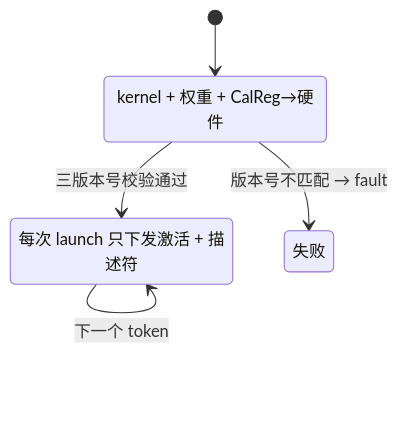
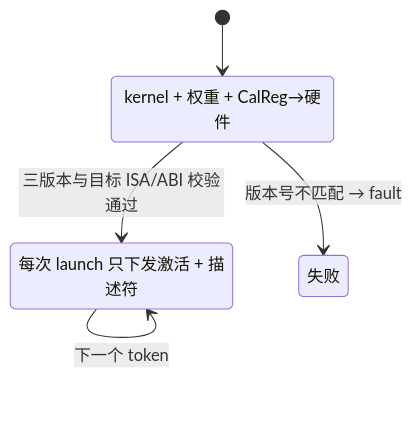
One commit to PTO-ISA/wse-model changed the seventh of 12 diagrams in docs/design/wse-system-architecture-whitepaper.md. Above: the diagram before and after it, drawn with Mermaid. The commit also changed other lines of this file and 9 other files, not shown here.

````diff
--- a/docs/design/wse-system-architecture-whitepaper.md
+++ b/docs/design/wse-system-architecture-whitepaper.md
@@ -624,9 +627,9 @@
 ```mermaid
 stateDiagram-v2
   [*] --> 装载期
   装载期: kernel + 权重 + CalReg→硬件
-  装载期 --> 稳态: 三版本号校验通过
+  装载期 --> 稳态: 三版本与目标 ISA/ABI 校验通过
   稳态: 每次 launch 只下发激活 + 描述符
   稳态 --> 稳态: 下一个 token
   装载期 --> 失败: 版本号不匹配 → fault
 ```
````
